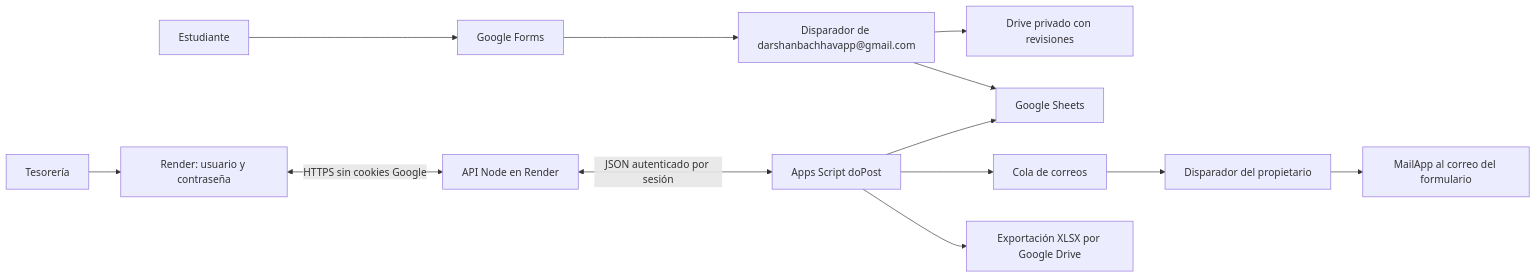
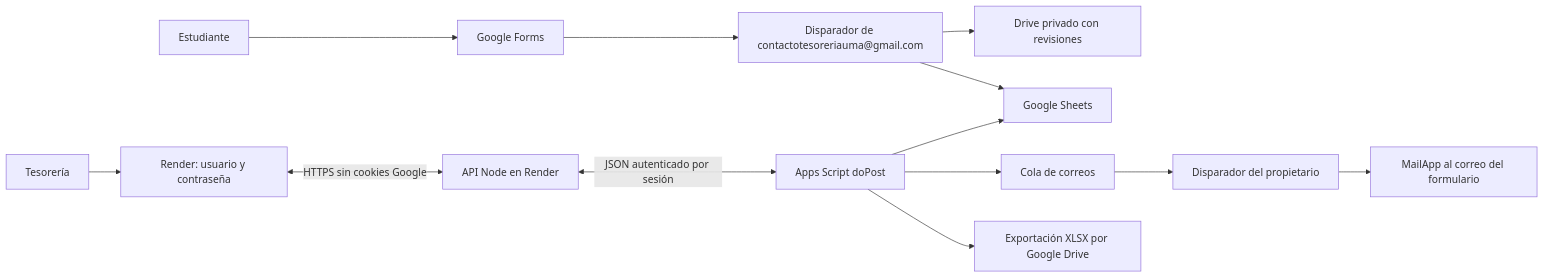
Before and after one commit to darshanbachhav0/uma-descuentos-corporativos: the diagram in docs/ARCHITECTURE.md, drawn with Mermaid. The commit also changed 21 other files, not shown here.

First line of the commit message:
Make contactotesoreriauma@gmail.com the owner and sender account

````diff
--- a/docs/ARCHITECTURE.md
+++ b/docs/ARCHITECTURE.md
@@ -3,15 +3,15 @@
 ```mermaid
 flowchart LR
   S[Estudiante] --> F[Google Forms]
   R[Tesorería] --> W[Render: usuario y contraseña]
-  F --> T[Disparador de darshanbachhavapp@gmail.com]
+  F --> T[Disparador de contactotesoreriauma@gmail.com]
   T --> D[Drive privado con revisiones]
   T --> B[Google Sheets]
   W <-->|HTTPS sin cookies Google| A[API Node en Render]
   A <-->|JSON autenticado por sesión| G[Apps Script doPost]
   G --> B
   G --> Q[Cola de correos]
   Q --> O[Disparador del propietario]
   O --> M[MailApp al correo del formulario]
   G --> X[Exportación XLSX por Google Drive]
 ```
````
